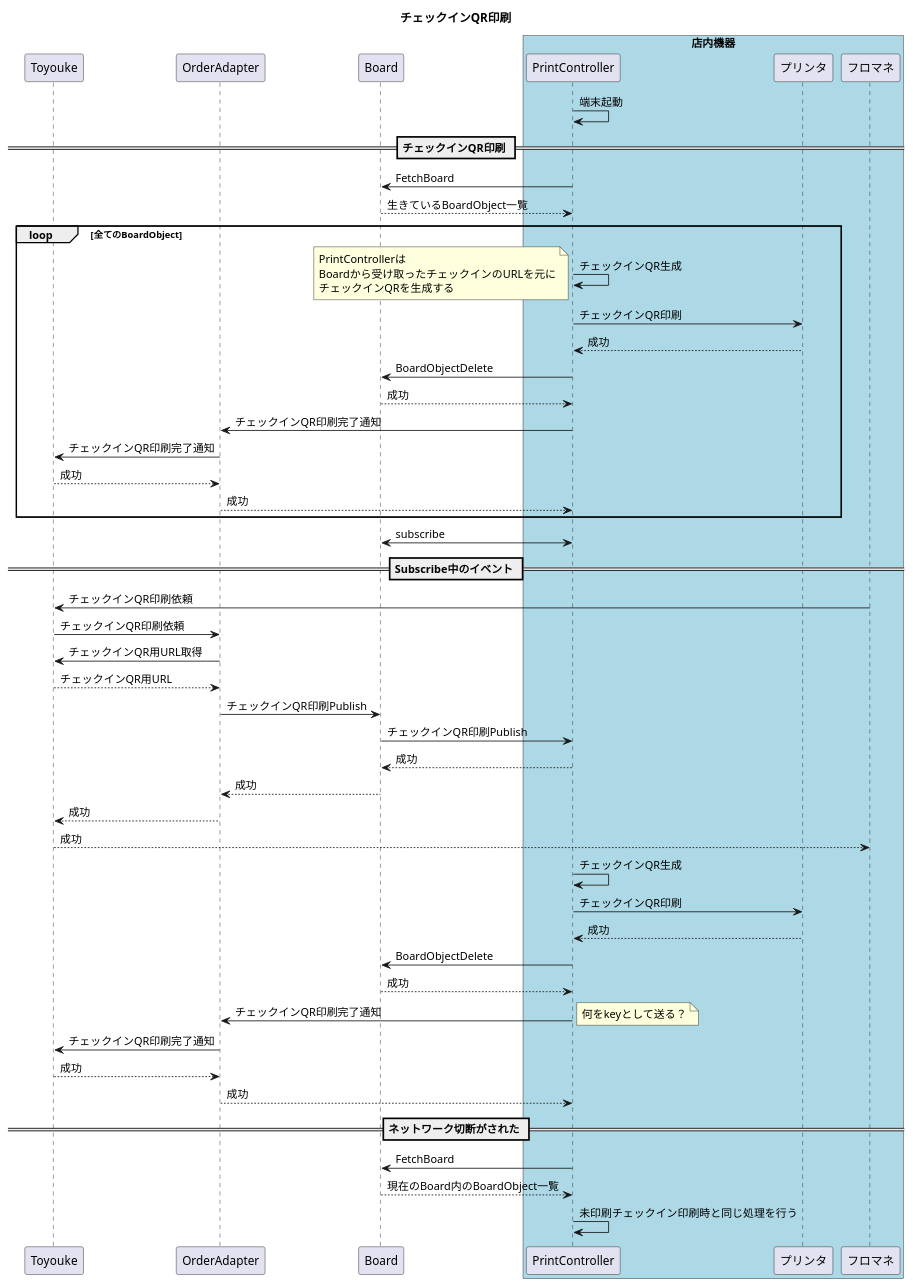
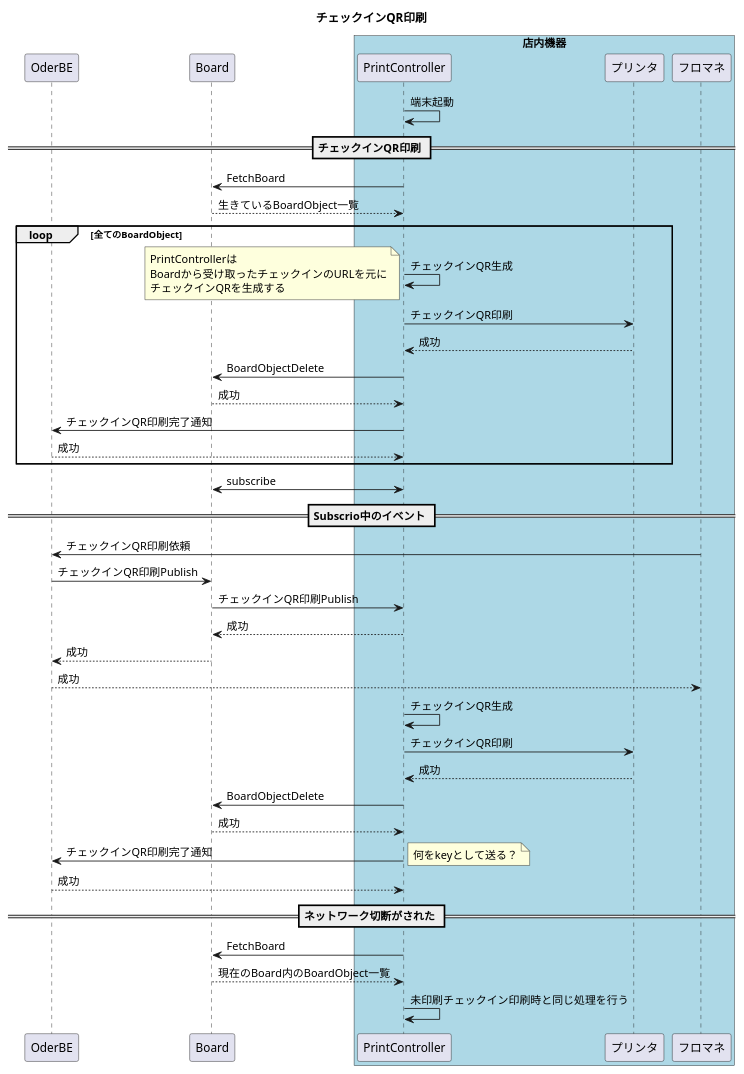
The diagram in instore/print_qr.pu (kmurata08/plantuml-editor), drawn with PlantUML before and after one commit. The commit also changed 1 other file, not shown here.

```diff
--- a/instore/print_qr.pu
+++ b/instore/print_qr.pu
@@ -1,66 +1,57 @@
 title チェックインQR印刷
 
-participant Toyouke as t
-participant OrderAdapter as o
+participant OderBE as o
 participant Board as b
 box "店内機器" #LightBlue
     participant PrintController as pc
     participant プリンタ as pt
     participant フロマネ as fm
 end box
 
 pc -> pc: 端末起動
 
 == チェックインQR印刷 ==
 
 b <- pc: FetchBoard
 b --> pc: 生きているBoardObject一覧
 
 loop 全てのBoardObject
     pc -> pc: チェックインQR生成
     note left
         PrintControllerは
         Boardから受け取ったチェックインのURLを元に
         チェックインQRを生成する
     end note
     pc -> pt: チェックインQR印刷
     pc <-- pt: 成功
     b <- pc: BoardObjectDelete
     b --> pc: 成功
     o <- pc: チェックインQR印刷完了通知
-    t <- o: チェックインQR印刷完了通知
-    t --> o: 成功
     o --> pc: 成功
 end
 
 b <-> pc: subscribe
 
-== Subscribe中のイベント ==
+== Subscrio中のイベント ==
 
-t <- fm: チェックインQR印刷依頼
-t -> o: チェックインQR印刷依頼
-o -> t: チェックインQR用URL取得
-o <-- t: チェックインQR用URL
+o <- fm: チェックインQR印刷依頼
 o -> b: チェックインQR印刷Publish
 b -> pc: チェックインQR印刷Publish
 b <-- pc: 成功
 o <-- b: 成功
-t <-- o: 成功
-t --> fm: 成功
+o --> fm: 成功
 pc -> pc: チェックインQR生成
 pc -> pt: チェックインQR印刷
 pc <-- pt: 成功
 b <- pc: BoardObjectDelete
 b --> pc: 成功
 o <- pc: チェックインQR印刷完了通知
 note right
     何をkeyとして送る？
 end note
-t <- o: チェックインQR印刷完了通知
-t --> o: 成功
 o --> pc: 成功
 
 == ネットワーク切断がされた ==
 pc -> b: FetchBoard
 b --> pc: 現在のBoard内のBoardObject一覧
 pc -> pc: 未印刷チェックイン印刷時と同じ処理を行う
```
